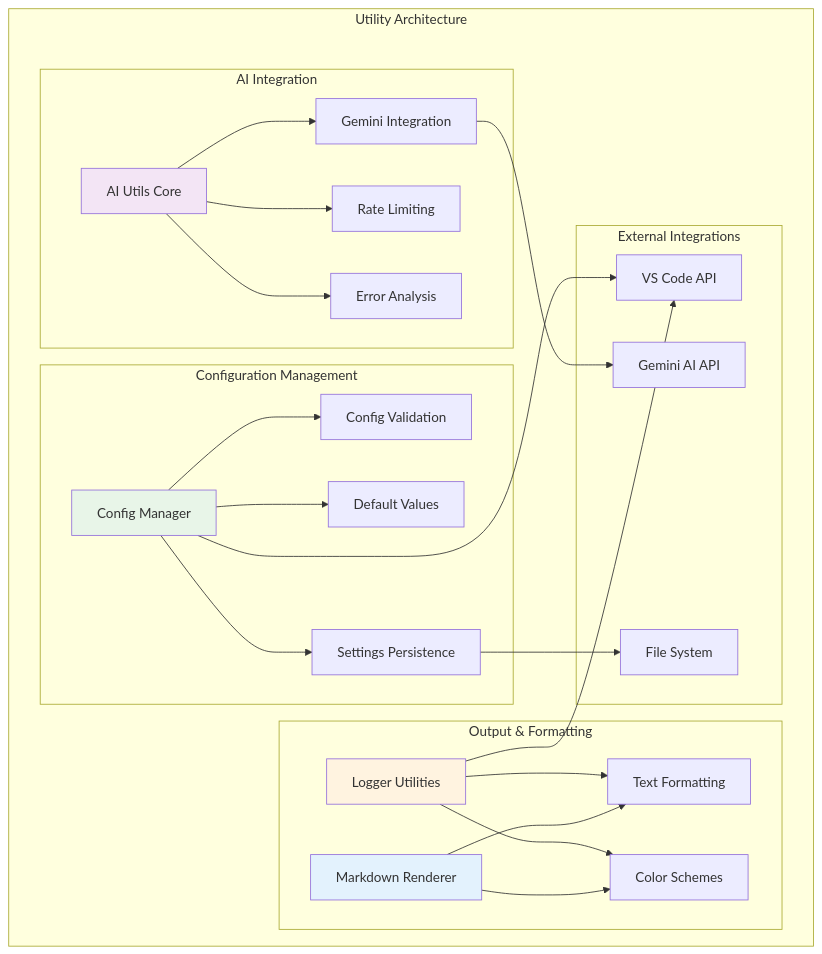
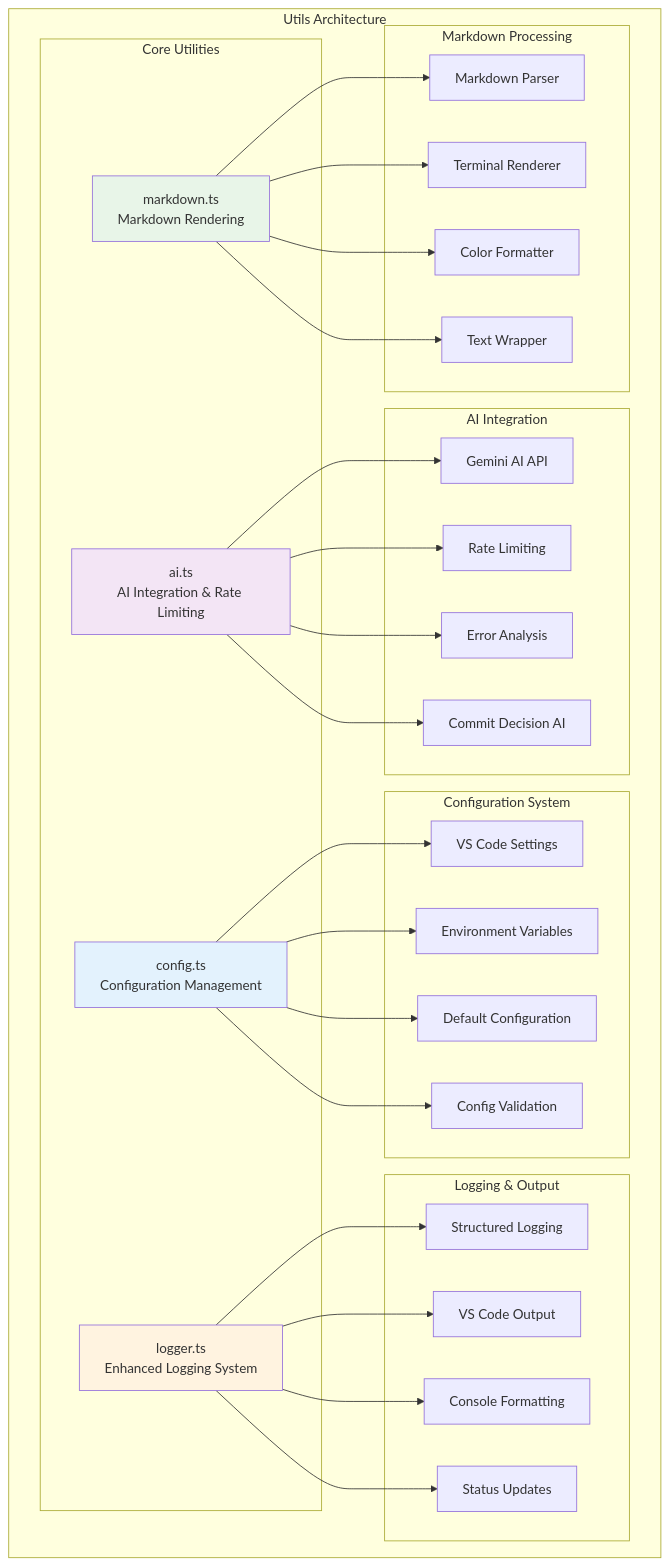
Before and after one commit to sbeeredd04/auto-git: the first of 6 diagrams in gitcue/src/utils/README.md, drawn with Mermaid. The commit also changed other lines of this file and 9 other files, not shown here.

````diff
--- a/gitcue/src/utils/README.md
+++ b/gitcue/src/utils/README.md
@@ -7,54 +7,64 @@
 ```mermaid
 graph TB
-    subgraph "Utility Architecture"
-        subgraph "AI Integration"
-            AI_CORE[AI Utils Core]
-            GEMINI[Gemini Integration]
-            RATE_LIMIT[Rate Limiting]
-            ERROR_AI[Error Analysis]
+    subgraph "Utils Architecture"
+        subgraph "Core Utilities"
+            AI[ai.ts<br/>AI Integration & Rate Limiting]
+            CONFIG[config.ts<br/>Configuration Management]
+            LOGGER[logger.ts<br/>Enhanced Logging System]
+            MARKDOWN[markdown.ts<br/>Markdown Rendering]
         end
         
-        subgraph "Configuration Management"
-            CONFIG_MGR[Config Manager]
-            VALIDATION[Config Validation]
-            DEFAULTS[Default Values]
-            PERSISTENCE[Settings Persistence]
+        subgraph "AI Integration"
+            GEMINI[Gemini AI API]
+            RATE_LIMIT[Rate Limiting]
+            ERROR_ANALYSIS[Error Analysis]
+            COMMIT_DECISION[Commit Decision AI]
         end
         
-        subgraph "Output & Formatting"
-            LOGGER[Logger Utilities]
-            MARKDOWN[Markdown Renderer]
-            FORMATTER[Text Formatting]
-            COLORS[Color Schemes]
+        subgraph "Configuration System"
+            VSCODE_CONFIG[VS Code Settings]
+            ENV_VARS[Environment Variables]
+            DEFAULT_CONFIG[Default Configuration]
+            VALIDATION[Config Validation]
         end
         
-        subgraph "External Integrations"
-            VSCODE_API[VS Code API]
-            GEMINI_API[Gemini AI API]
-            FILE_SYSTEM[File System]
+        subgraph "Logging & Output"
+            STRUCTURED_LOG[Structured Logging]
+            OUTPUT_CHANNEL[VS Code Output]
+            CONSOLE_FORMAT[Console Formatting]
+            STATUS_LOGGING[Status Updates]
+        end
+        
+        subgraph "Markdown Processing"
+            PARSER[Markdown Parser]
+            RENDERER[Terminal Renderer]
+            FORMATTER[Color Formatter]
+            WRAPPER[Text Wrapper]
         end
     end
     
-    AI_CORE --> GEMINI
-    AI_CORE --> RATE_LIMIT
-    AI_CORE --> ERROR_AI
+    AI --> GEMINI
+    AI --> RATE_LIMIT
+    AI --> ERROR_ANALYSIS
+    AI --> COMMIT_DECISION
     
-    CONFIG_MGR --> VALIDATION
-    CONFIG_MGR --> DEFAULTS
-    CONFIG_MGR --> PERSISTENCE
+    CONFIG --> VSCODE_CONFIG
+    CONFIG --> ENV_VARS
+    CONFIG --> DEFAULT_CONFIG
+    CONFIG --> VALIDATION
     
-    LOGGER --> FORMATTER
-    LOGGER --> COLORS
+    LOGGER --> STRUCTURED_LOG
+    LOGGER --> OUTPUT_CHANNEL
+    LOGGER --> CONSOLE_FORMAT
+    LOGGER --> STATUS_LOGGING
+    
+    MARKDOWN --> PARSER
+    MARKDOWN --> RENDERER
     MARKDOWN --> FORMATTER
-    MARKDOWN --> COLORS
+    MARKDOWN --> WRAPPER
     
-    GEMINI --> GEMINI_API
-    CONFIG_MGR --> VSCODE_API
-    LOGGER --> VSCODE_API
-    PERSISTENCE --> FILE_SYSTEM
-    
-    style AI_CORE fill:#f3e5f5
-    style CONFIG_MGR fill:#e8f5e8
+    style AI fill:#f3e5f5
+    style CONFIG fill:#e3f2fd
     style LOGGER fill:#fff3e0
-    style MARKDOWN fill:#e3f2fd
+    style MARKDOWN fill:#e8f5e8
 ```
````
